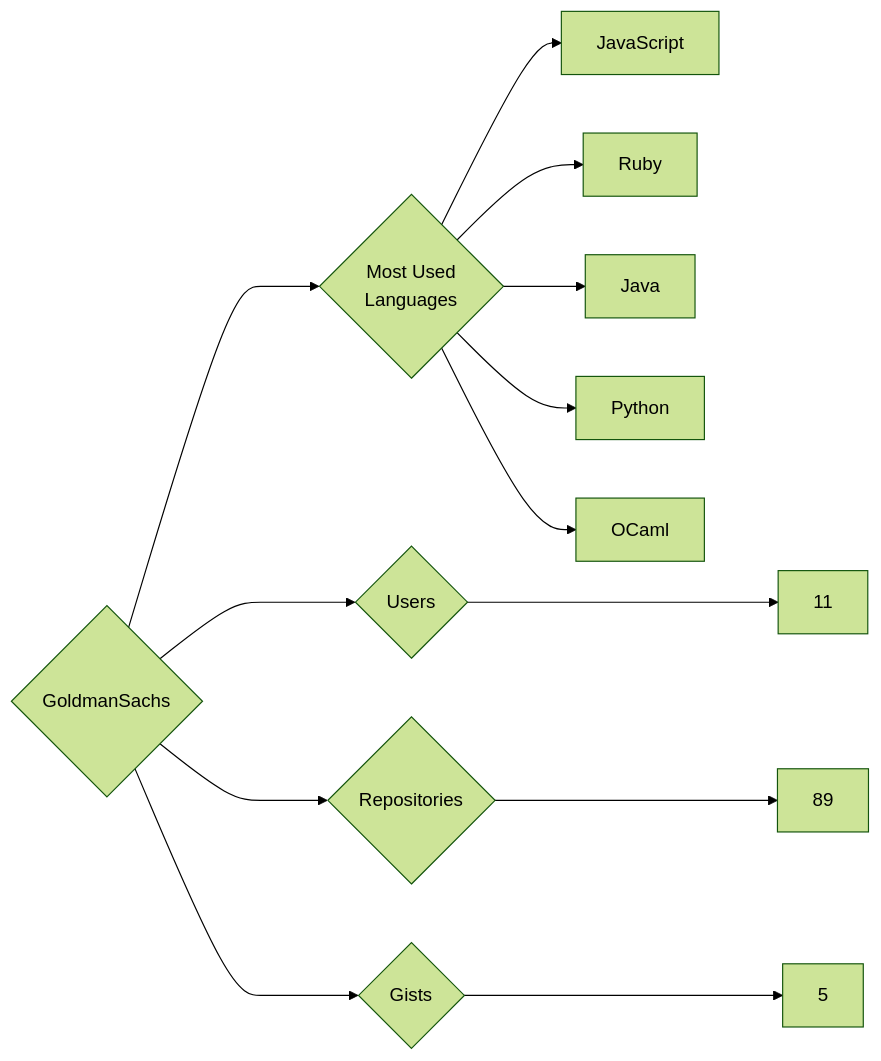
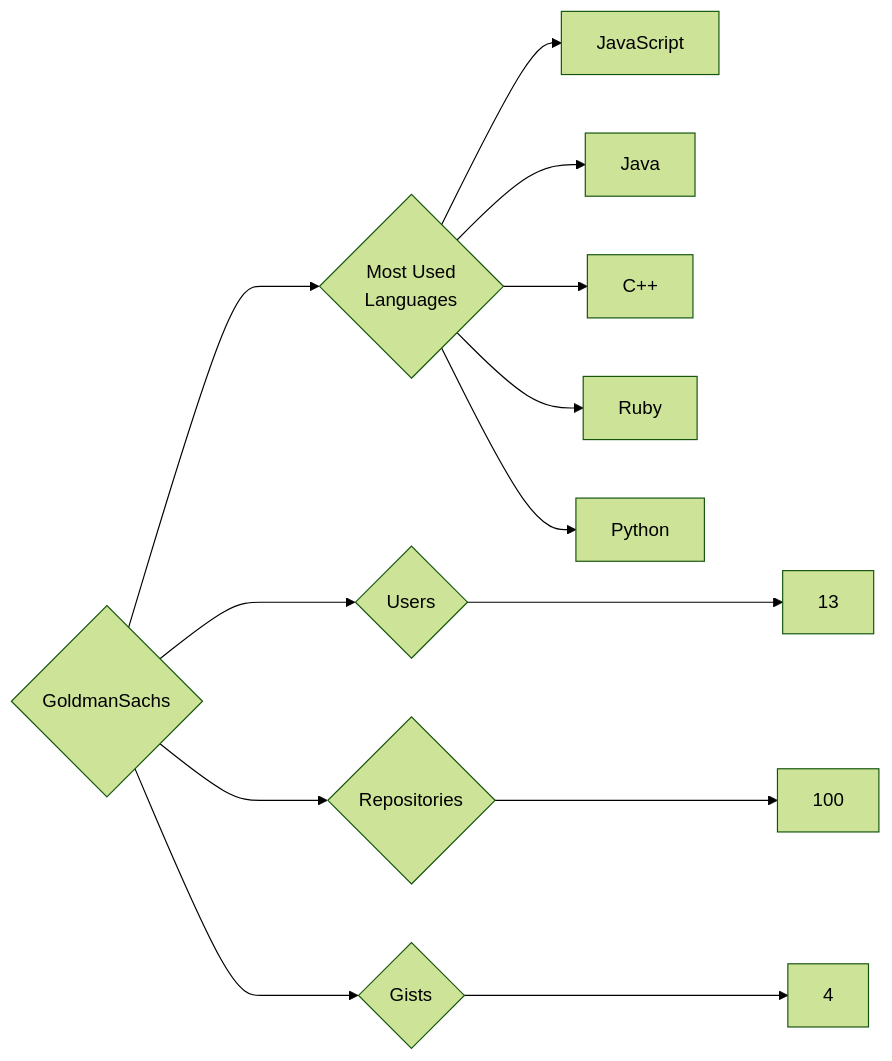
One commit to trickest/insiders changed the diagram in targets/GoldmanSachs/README.md. Above: the diagram before and after it, drawn with Mermaid (forest theme). The commit also changed 1030 other files, not shown here.

````diff
--- a/targets/GoldmanSachs/README.md
+++ b/targets/GoldmanSachs/README.md
@@ -3,13 +3,13 @@
 ```mermaid
 graph LR
 COMPANY_NAME{GoldmanSachs}
-COMPANY_NAME ---> U{Users} ---> UN[11]
-COMPANY_NAME ---> R{Repositories} ---> RN[89]
-COMPANY_NAME ---> G{Gists} ---> GN[5]
+COMPANY_NAME ---> U{Users} ---> UN[13]
+COMPANY_NAME ---> R{Repositories} ---> RN[100]
+COMPANY_NAME ---> G{Gists} ---> GN[4]
 COMPANY_NAME ---> ML{Most Used<br>Languages}
 ML --> JavaScript[JavaScript]
+ML --> Java[Java]
+ML --> C++[C++]
 ML --> Ruby[Ruby]
-ML --> Java[Java]
 ML --> Python[Python]
-ML --> OCaml[OCaml]
 ```
````
